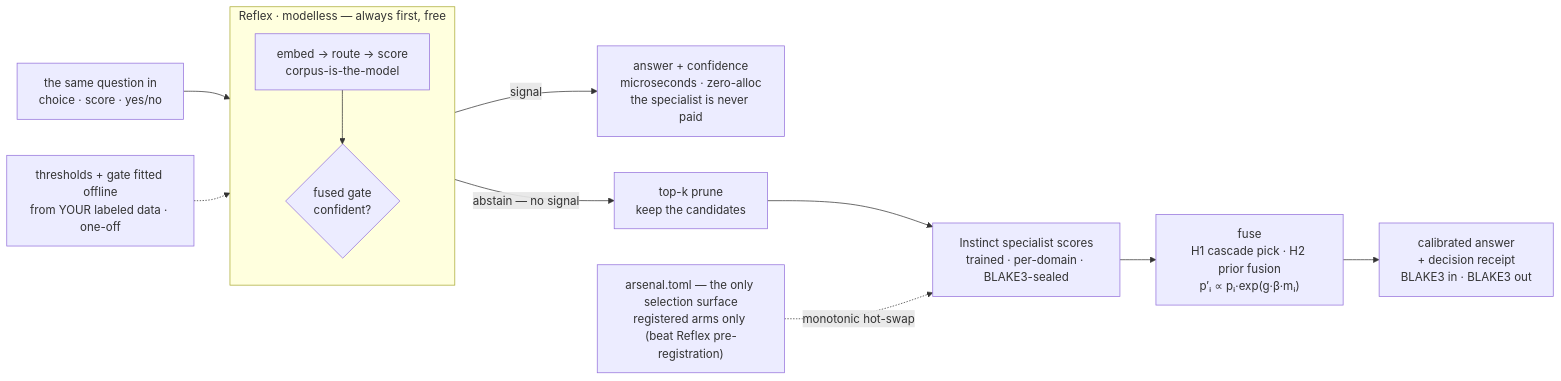
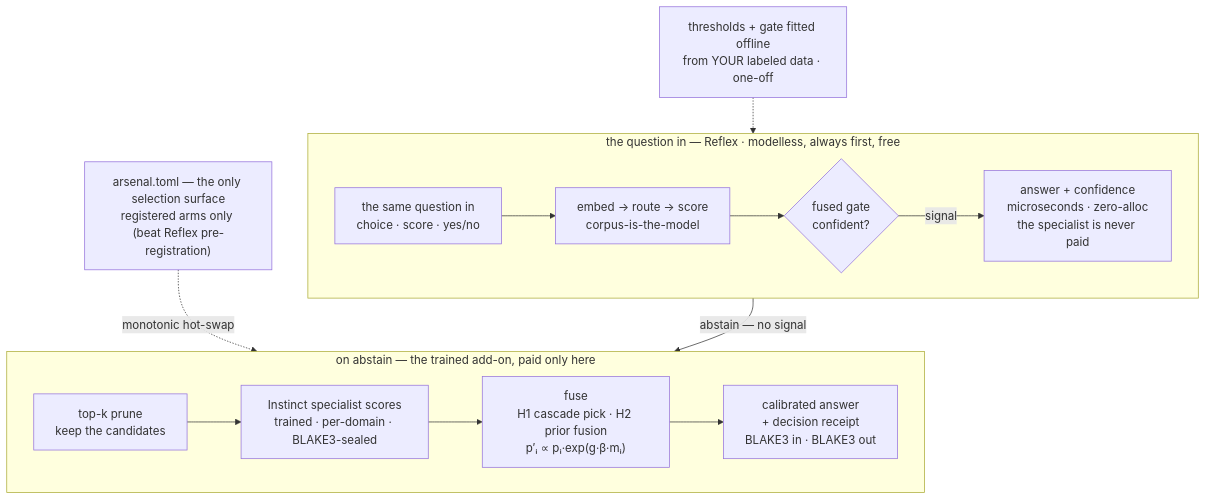
Before and after one commit to gist-rs/riir-instinct: the diagram in .docs/03_decision_flow/instinct_flow.md, drawn with Mermaid. The commit also changed other lines of this file and 2 other files, not shown here.

Commit message:
docs: instinct flow figure reflowed to two bands — the Reflex hero's flywheel shape (question in on top, the abstain path under it; not too wide)
Owner ask: the one-row LR figure rendered too wide and small on /bench.
Same two-mirror law, same palette; viewBox 2304x574 -> 1751x730.

````diff
--- a/.docs/03_decision_flow/instinct_flow.md
+++ b/.docs/03_decision_flow/instinct_flow.md
@@ -27,21 +29,19 @@
 ```mermaid
 %% file: instinct_flow.svg
-%% aria: The Instinct composition flow: the same typed question runs Reflex's modelless engine first; a confident fused-gate answer returns in microseconds and the specialist is never paid; an abstain prunes to the top-k candidates, the sealed per-domain specialist scores them, an H1 cascade or H2 prior fusion calibrates the pick, and the answer ships with a decision receipt — while arsenal.toml, the only selection surface, hot-swaps registered arms monotonically
-flowchart LR
-  Q["the same question in<br/>choice · score · yes/no"]
+%% aria: The Instinct composition flow in two bands: the top band is the question in — the same typed question runs Reflex's modelless engine first, and a confident fused-gate answer returns in microseconds with the specialist never paid; on abstain the bottom band takes over — top-k prune keeps the candidates, the sealed per-domain specialist scores them, an H1 cascade or H2 prior fusion calibrates the pick, and the answer ships with a decision receipt — while arsenal.toml, the only selection surface, hot-swaps registered arms monotonically
+flowchart TB
+  subgraph IN["the question in — Reflex · modelless, always first, free"]
+    direction LR
+    Q["the same question in<br/>choice · score · yes/no"] --> E["embed → route → score<br/>corpus-is-the-model"] --> G{"fused gate<br/>confident?"}
+    G -- "signal" --> A["answer + confidence<br/>microseconds · zero-alloc<br/>the specialist is never paid"]
+  end
+  subgraph OUT["on abstain — the trained add-on, paid only here"]
+    direction LR
+    P["top-k prune<br/>keep the candidates"] --> S["Instinct specialist scores<br/>trained · per-domain · BLAKE3-sealed"] --> F["fuse<br/>H1 cascade pick · H2 prior fusion<br/>p′ᵢ ∝ pᵢ·exp(g·β·mᵢ)"] --> A2["calibrated answer<br/>+ decision receipt<br/>BLAKE3 in · BLAKE3 out"]
+  end
   T["thresholds + gate fitted offline<br/>from YOUR labeled data · one-off"]
-  subgraph R["Reflex · modelless — always first, free"]
-    direction TB
-    E["embed → route → score<br/>corpus-is-the-model"] --> G{"fused gate<br/>confident?"}
-  end
-  Q --> E
+  M["arsenal.toml — the only selection surface<br/>registered arms only (beat Reflex pre-registration)"]
   T -.-> G
-  G -- "signal" --> A["answer + confidence<br/>microseconds · zero-alloc<br/>the specialist is never paid"]
-  G -- "abstain — no signal" --> P["top-k prune<br/>keep the candidates"]
-  P --> S["Instinct specialist scores<br/>trained · per-domain · BLAKE3-sealed"]
-  F["fuse<br/>H1 cascade pick · H2 prior fusion<br/>p′ᵢ ∝ pᵢ·exp(g·β·mᵢ)"]
-  S --> F
-  F --> A2["calibrated answer<br/>+ decision receipt<br/>BLAKE3 in · BLAKE3 out"]
-  M["arsenal.toml — the only selection surface<br/>registered arms only (beat Reflex pre-registration)"]
+  G -- "abstain — no signal" --> P
   M -. "monotonic hot-swap" .-> S
 ```
````
